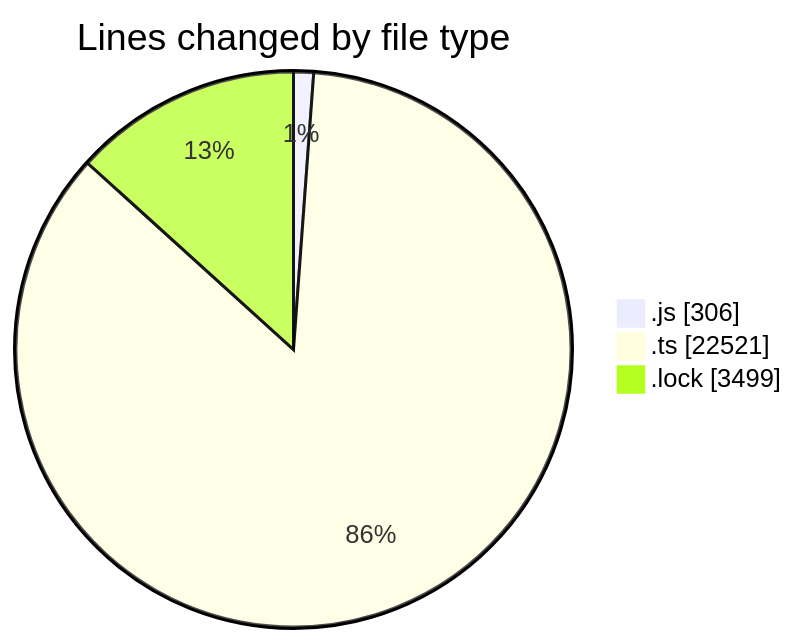
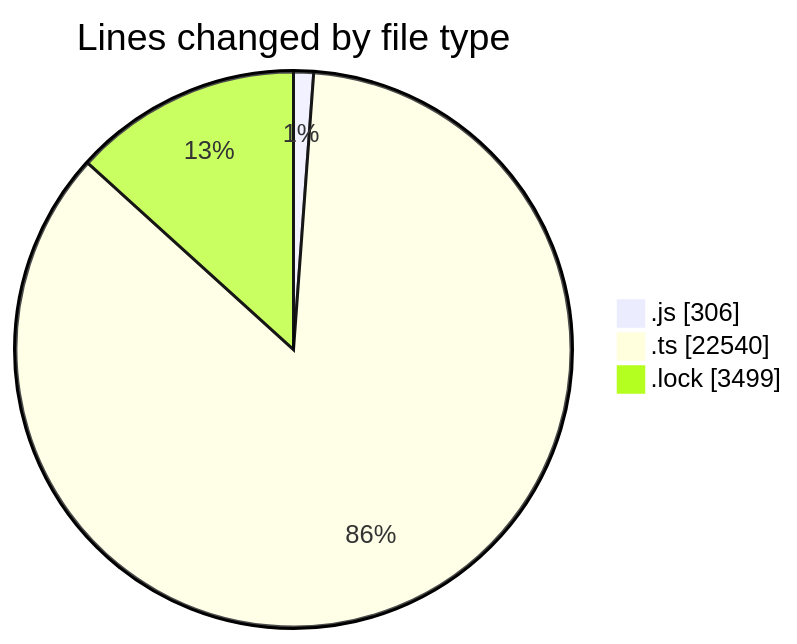
One commit to momahboobian/code-tracking changed the first of 2 diagrams in 2025-05-27/cda/README.md. Above: the diagram before and after it, drawn with Mermaid. The commit also changed other lines of this file and 1 other file, not shown here.

````diff
--- a/2025-05-27/cda/README.md
+++ b/2025-05-27/cda/README.md
@@ -28,7 +28,7 @@
 ```mermaid
 pie showData
 title Lines changed by file type
 ".js" : 306
-".ts" : 22521
+".ts" : 22540
 ".lock" : 3499
 ```
````
